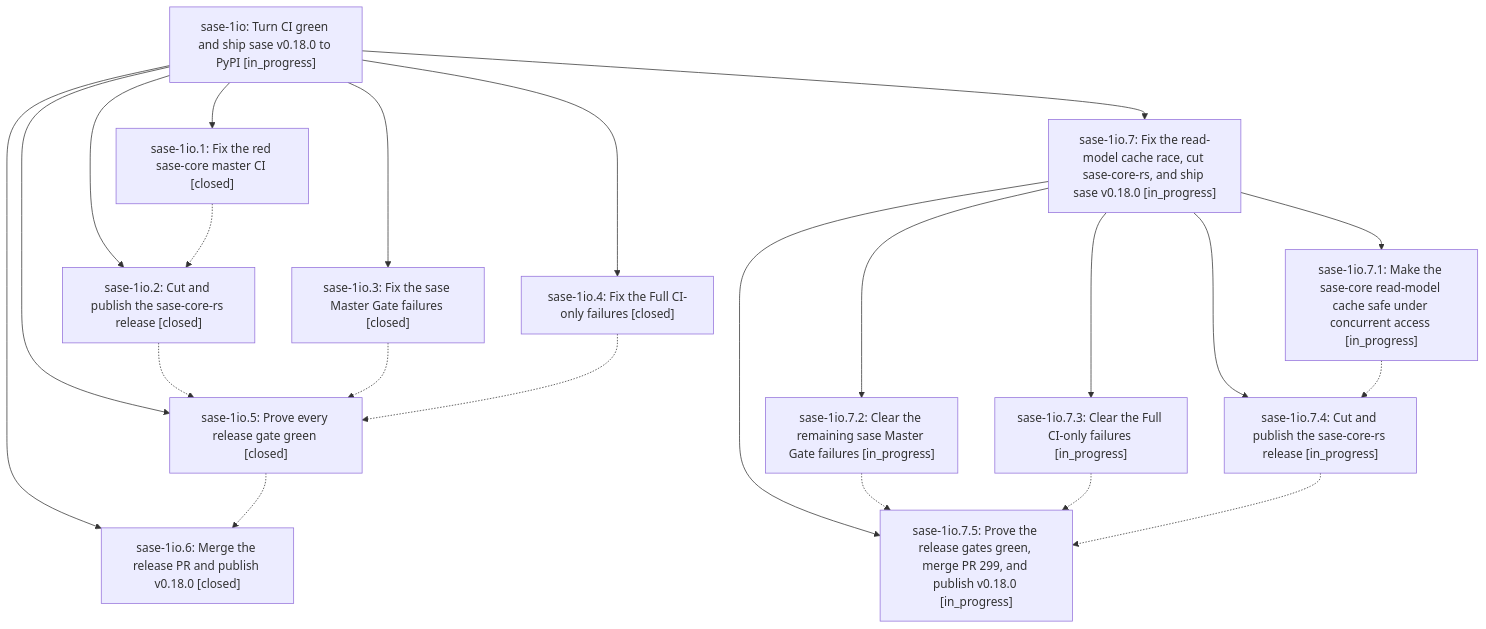
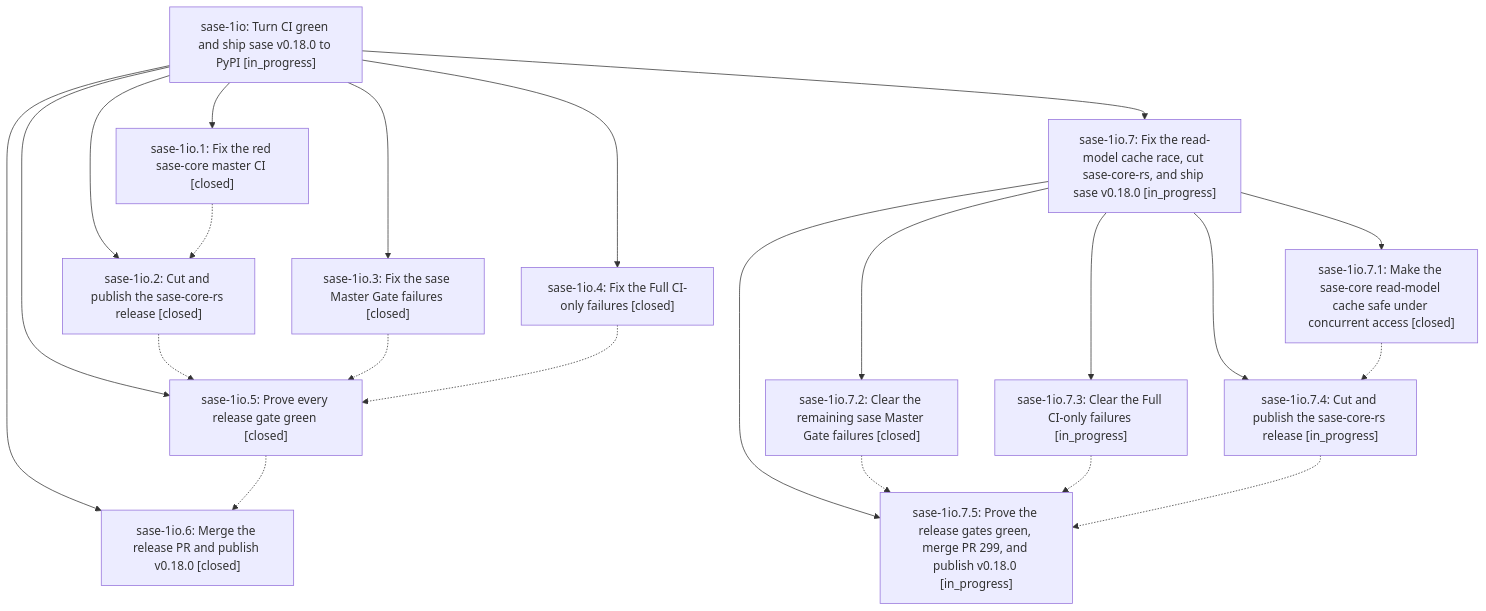
One commit to sase-org/sase--beads changed the diagram in pages/sase-1io/README.md. Above: the diagram before and after it, drawn with Mermaid. The commit also changed other lines of this file and 5 other files, not shown here.

````diff
--- a/pages/sase-1io/README.md
+++ b/pages/sase-1io/README.md
@@ -45,37 +45,37 @@
 ```mermaid
 flowchart TD
     n0["sase-1io: Turn CI green and ship sase v0.18.0 to PyPI [in_progress]"]
     n1["sase-1io.1: Fix the red sase-core master CI [closed]"]
     n2["sase-1io.2: Cut and publish the sase-core-rs release [closed]"]
     n3["sase-1io.3: Fix the sase Master Gate failures [closed]"]
     n4["sase-1io.4: Fix the Full CI-only failures [closed]"]
     n5["sase-1io.5: Prove every release gate green [closed]"]
     n6["sase-1io.6: Merge the release PR and publish v0.18.0 [closed]"]
     n7["sase-1io.7: Fix the read-model cache race, cut sase-core-rs, and ship sase v0.18.0 [in_progress]"]
-    n8["sase-1io.7.1: Make the sase-core read-model cache safe under concurrent access [in_progress]"]
-    n9["sase-1io.7.2: Clear the remaining sase Master Gate failures [in_progress]"]
+    n8["sase-1io.7.1: Make the sase-core read-model cache safe under concurrent access [closed]"]
+    n9["sase-1io.7.2: Clear the remaining sase Master Gate failures [closed]"]
     n10["sase-1io.7.3: Clear the Full CI-only failures [in_progress]"]
     n11["sase-1io.7.4: Cut and publish the sase-core-rs release [in_progress]"]
     n12["sase-1io.7.5: Prove the release gates green, merge PR 299, and publish v0.18.0 [in_progress]"]
     n0 --> n1
     n0 --> n2
     n0 --> n3
     n0 --> n4
     n0 --> n5
     n0 --> n6
     n0 --> n7
     n7 --> n8
     n7 --> n9
     n7 --> n10
     n7 --> n11
     n7 --> n12
     n1 -.-> n2
     n2 -.-> n5
     n3 -.-> n5
     n4 -.-> n5
     n5 -.-> n6
     n8 -.-> n11
     n9 -.-> n12
     n10 -.-> n12
     n11 -.-> n12
 ```
````
